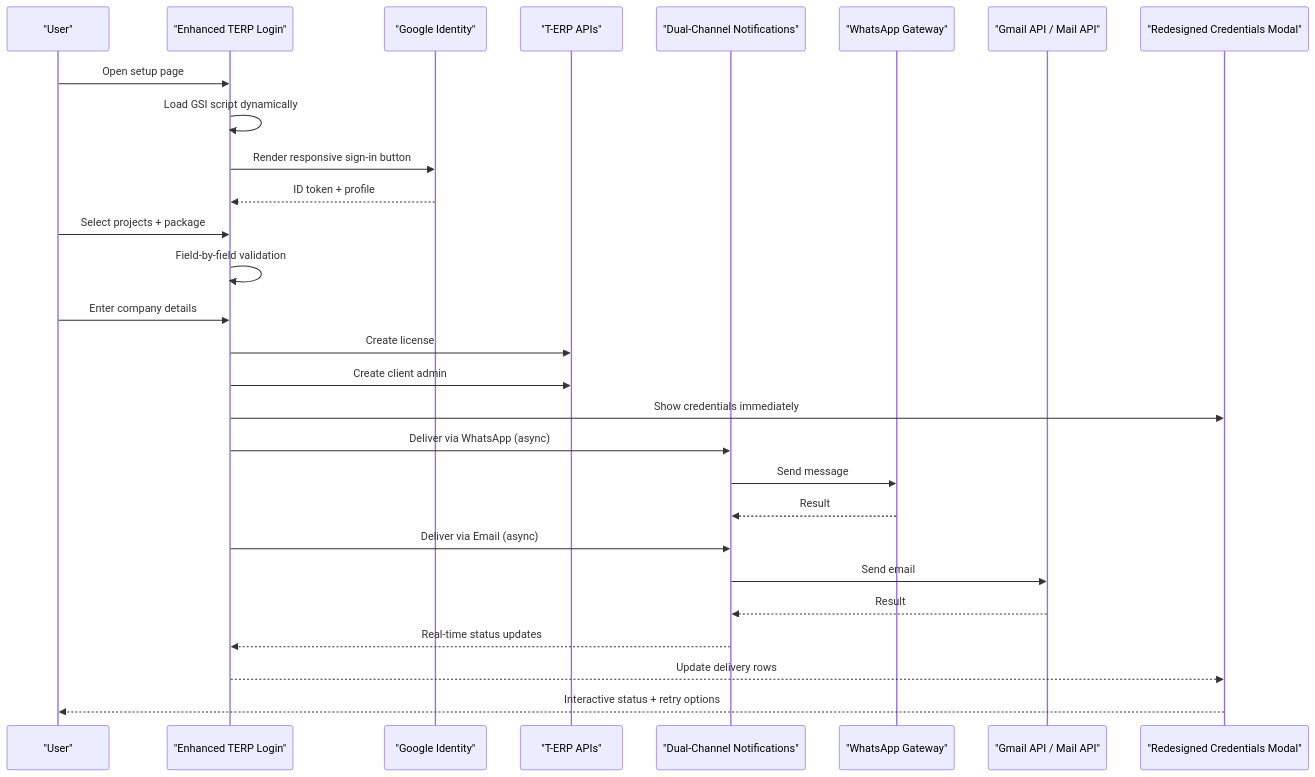
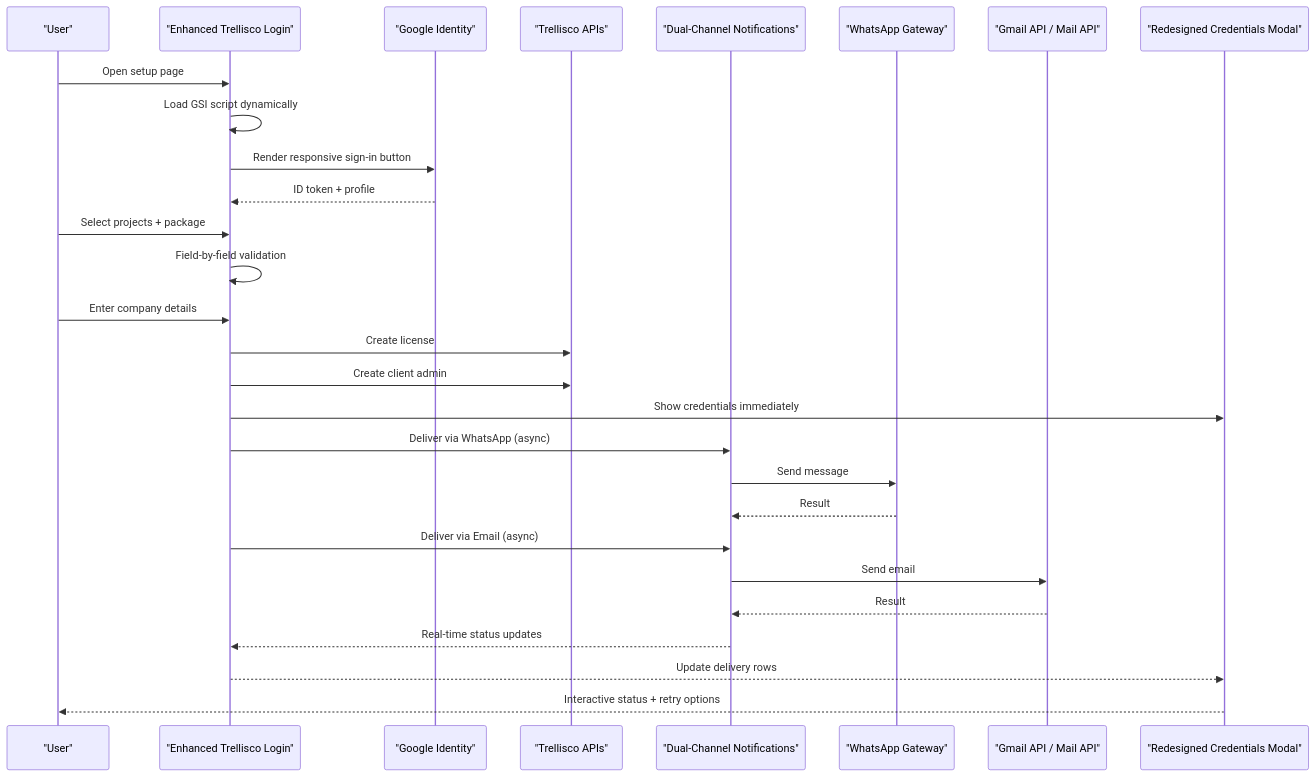
The fifth of 8 diagrams in .qoder/repowiki/en/content/Public Website Features/Contact Integration.md (imcbsglobal/TRELLISCO_ERP_FRONTEND), drawn with Mermaid before and after one commit. The commit also changed other lines of this file and 11 other files, not shown here.

````diff
--- a/.qoder/repowiki/en/content/Public Website Features/Contact Integration.md
+++ b/.qoder/repowiki/en/content/Public Website Features/Contact Integration.md
@@ -251,30 +252,30 @@
 ```mermaid
 sequenceDiagram
 participant User as "User"
-participant TERP as "Enhanced TERP Login"
+participant TERP as "Enhanced Trellisco Login"
 participant Google as "Google Identity"
-participant ERP as "T-ERP APIs"
+participant ERP as "Trellisco APIs"
 participant Notif as "Dual-Channel Notifications"
 participant WA as "WhatsApp Gateway"
 participant Mail as "Gmail API / Mail API"
 participant Modal as "Redesigned Credentials Modal"
 User->>TERP : Open setup page
 TERP->>TERP : Load GSI script dynamically
 TERP->>Google : Render responsive sign-in button
 Google-->>TERP : ID token + profile
 User->>TERP : Select projects + package
 TERP->>TERP : Field-by-field validation
 User->>TERP : Enter company details
 TERP->>ERP : Create license
 TERP->>ERP : Create client admin
 TERP->>Modal : Show credentials immediately
 TERP->>Notif : Deliver via WhatsApp (async)
 Notif->>WA : Send message
 WA-->>Notif : Result
 TERP->>Notif : Deliver via Email (async)
 Notif->>Mail : Send email
 Mail-->>Notif : Result
 Notif-->>TERP : Real-time status updates
 TERP-->>Modal : Update delivery rows
 Modal-->>User : Interactive status + retry options
 ```
````
